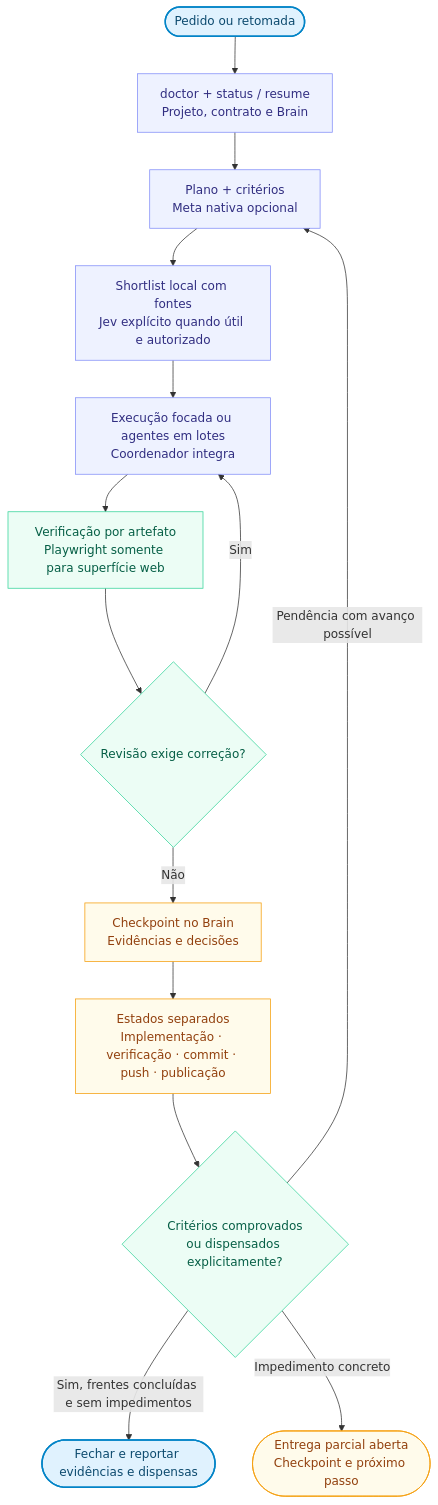
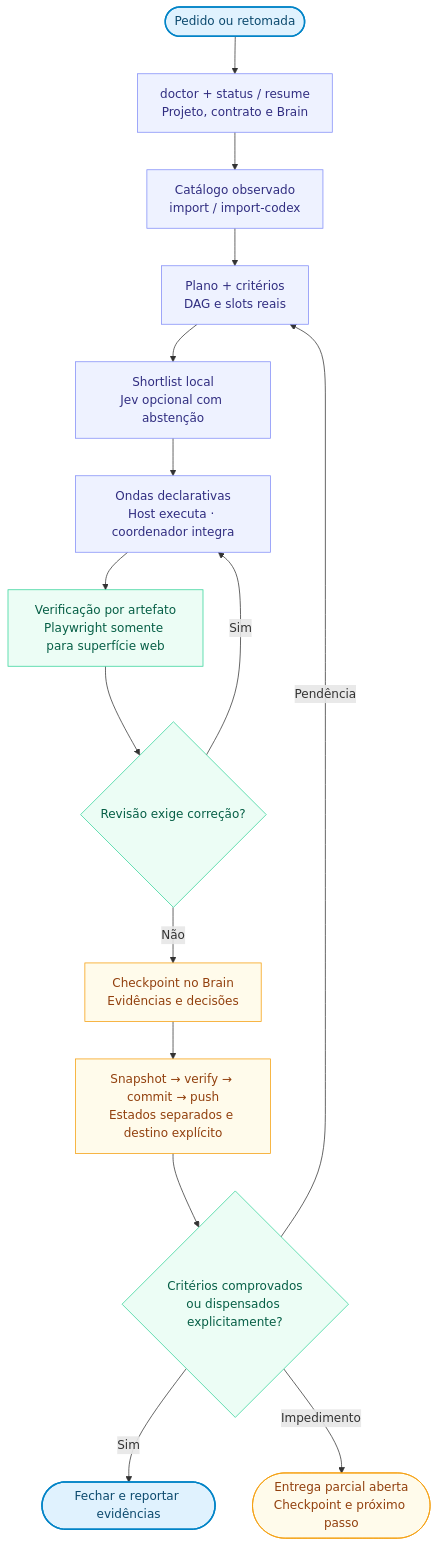
The diagram in plugins/hebe-orchestrator-codex/README.md (HericlisBezerra/hebe-orchestrate-Codex), drawn with Mermaid before and after one commit. The commit also changed other lines of this file and 48 other files, not shown here.

Commit message:
Publica catálogo dinâmico, ondas, Jev e sync da v0.8.0

````diff
--- a/plugins/hebe-orchestrator-codex/README.md
+++ b/plugins/hebe-orchestrator-codex/README.md
@@ -21,25 +23,26 @@
 ```mermaid
 flowchart TB
     A(["Pedido ou retomada"]) --> D["doctor + status / resume<br/>Projeto, contrato e Brain"]
-    D --> P["Plano + critérios<br/>Meta nativa opcional"]
-    P --> C["Shortlist local com fontes<br/>Jev explícito quando útil e autorizado"]
-    C --> E["Execução focada ou agentes em lotes<br/>Coordenador integra"]
+    D --> M["Catálogo observado<br/>import / import-codex"]
+    M --> P["Plano + critérios<br/>DAG e slots reais"]
+    P --> C["Shortlist local<br/>Jev opcional com abstenção"]
+    C --> E["Ondas declarativas<br/>Host executa · coordenador integra"]
     E --> V["Verificação por artefato<br/>Playwright somente para superfície web"]
     V --> R{"Revisão exige correção?"}
     R -->|Sim| E
     R -->|Não| B["Checkpoint no Brain<br/>Evidências e decisões"]
-    B --> S["Estados separados<br/>Implementação · verificação · commit · push · publicação"]
+    B --> S["Snapshot → verify → commit → push<br/>Estados separados e destino explícito"]
     S --> F{"Critérios comprovados<br/>ou dispensados explicitamente?"}
-    F -->|Sim, frentes concluídas e sem impedimentos| Z(["Fechar e reportar evidências e dispensas"])
-    F -->|Pendência com avanço possível| P
-    F -->|Impedimento concreto| H(["Entrega parcial aberta<br/>Checkpoint e próximo passo"])
+    F -->|Sim| Z(["Fechar e reportar evidências"])
+    F -->|Pendência| P
+    F -->|Impedimento| H(["Entrega parcial aberta<br/>Checkpoint e próximo passo"])
 
     classDef entry fill:#e0f2fe,color:#0c4a6e,stroke:#0284c7,stroke-width:2px;
     classDef work fill:#eef2ff,color:#312e81,stroke:#818cf8;
     classDef verify fill:#ecfdf5,color:#065f46,stroke:#34d399;
     classDef memory fill:#fffbeb,color:#92400e,stroke:#f59e0b;
     class A,Z entry;
-    class D,P,C,E work;
+    class D,M,P,C,E work;
     class V,R,F verify;
     class B,S,H memory;
 ```
````
